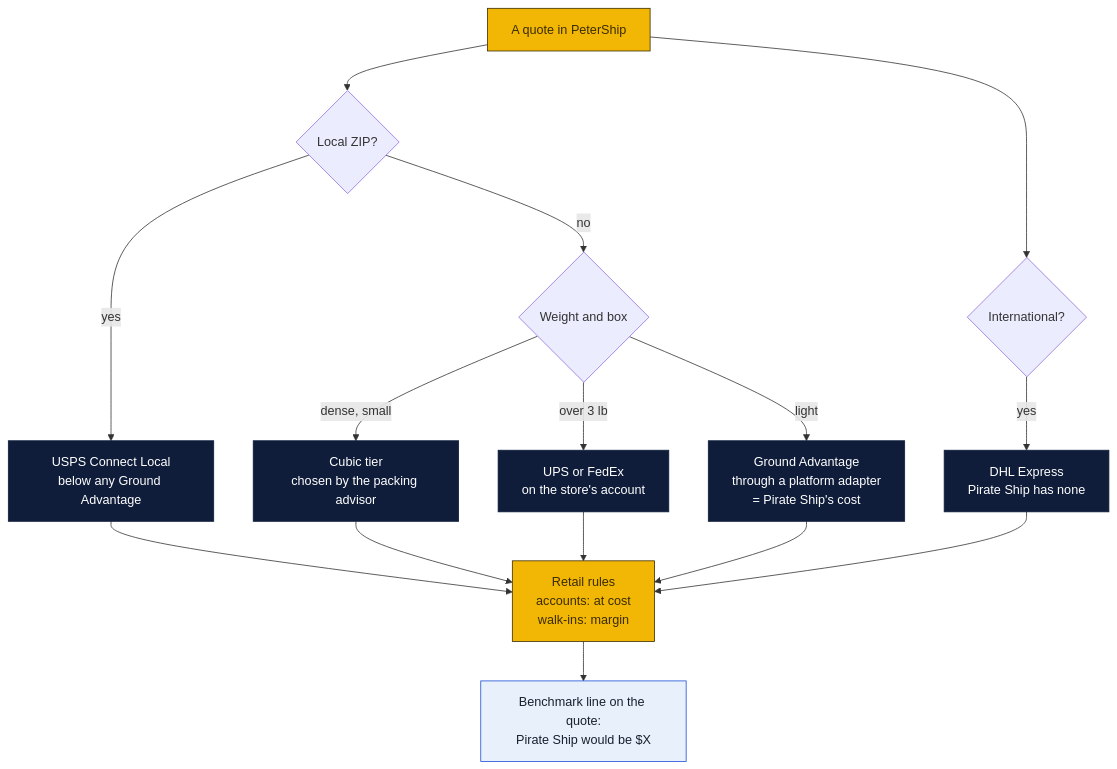
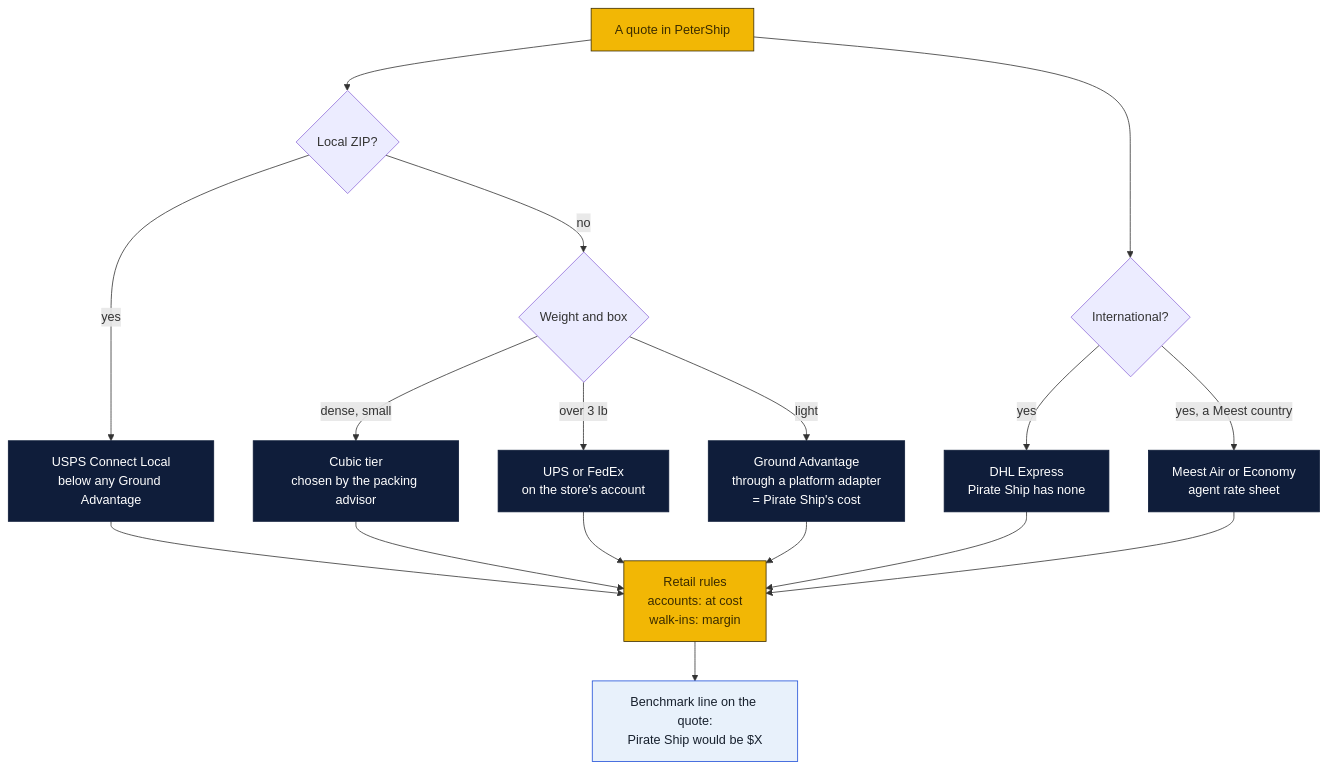
The second of 2 diagrams in shipping-client/rates/README.md (wbp318/goin-postal-forsythe), drawn with Mermaid before and after one commit. The commit also changed other lines of this file and 33 other files, not shown here.

````diff
--- a/shipping-client/rates/README.md
+++ b/shipping-client/rates/README.md
@@ -50,16 +51,17 @@
 ```mermaid
 flowchart TD
   Q["A quote in PeterShip"]:::local --> L{"Local ZIP?"}
   L -->|yes| CL["USPS Connect Local<br/>below any Ground Advantage"]:::cloud
   L -->|no| W{"Weight and box"}
   W -->|"dense, small"| CU["Cubic tier<br/>chosen by the packing advisor"]:::cloud
   W -->|"over 3 lb"| UP["UPS or FedEx<br/>on the store's account"]:::cloud
   W -->|"light"| GA["Ground Advantage<br/>through a platform adapter<br/>= Pirate Ship's cost"]:::cloud
   Q --> I{"International?"}
   I -->|yes| DH["DHL Express<br/>Pirate Ship has none"]:::cloud
-  CL & CU & UP & GA & DH --> RR["Retail rules<br/>accounts: at cost<br/>walk-ins: margin"]:::local
+  I -->|"yes, a Meest country"| ME["Meest Air or Economy<br/>agent rate sheet"]:::cloud
+  CL & CU & UP & GA & DH & ME --> RR["Retail rules<br/>accounts: at cost<br/>walk-ins: margin"]:::local
   RR --> B["Benchmark line on the quote:<br/>Pirate Ship would be $X"]:::you
   classDef local fill:#f2b705,stroke:#3b2c00,color:#3b2c00
   classDef cloud fill:#0f1d3a,stroke:#0f1d3a,color:#ffffff
   classDef you fill:#e8f1fb,stroke:#1d4ed8,color:#17202d
 ```
````
